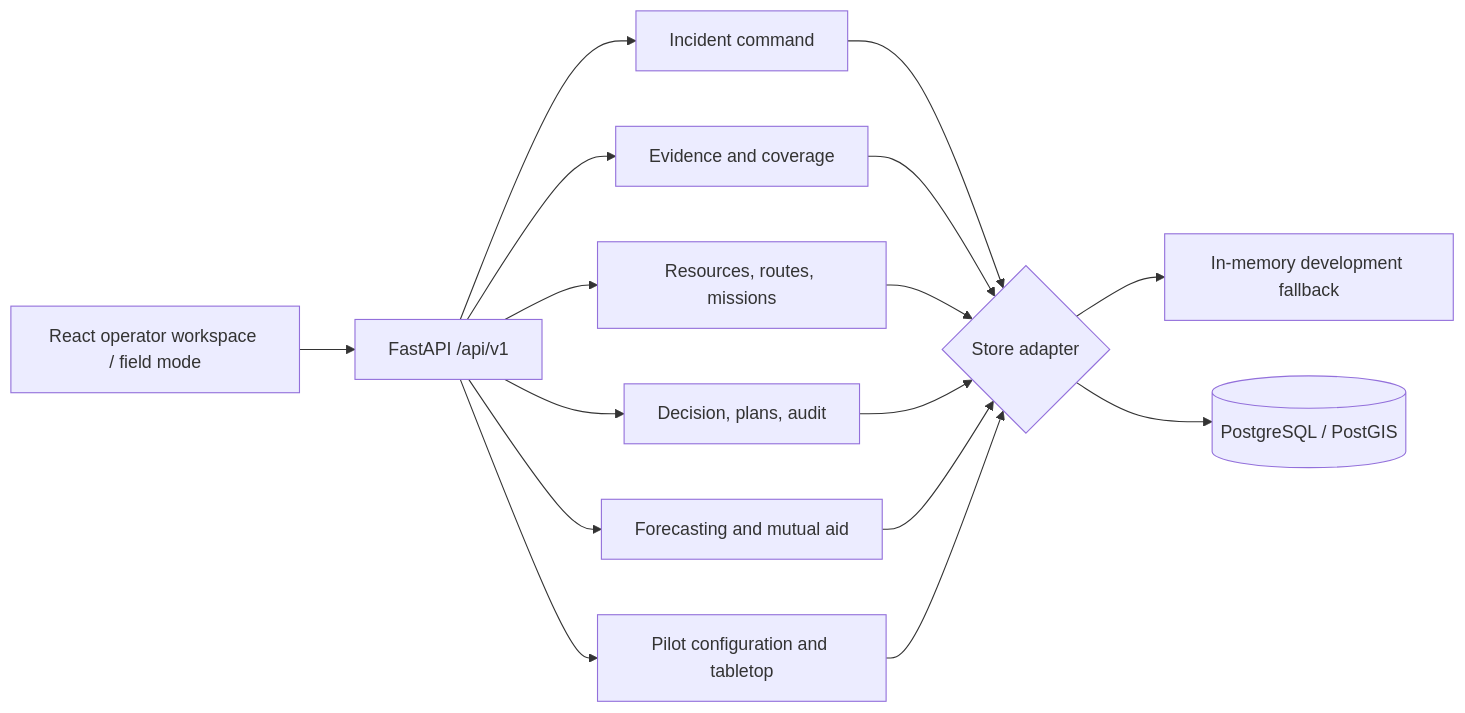
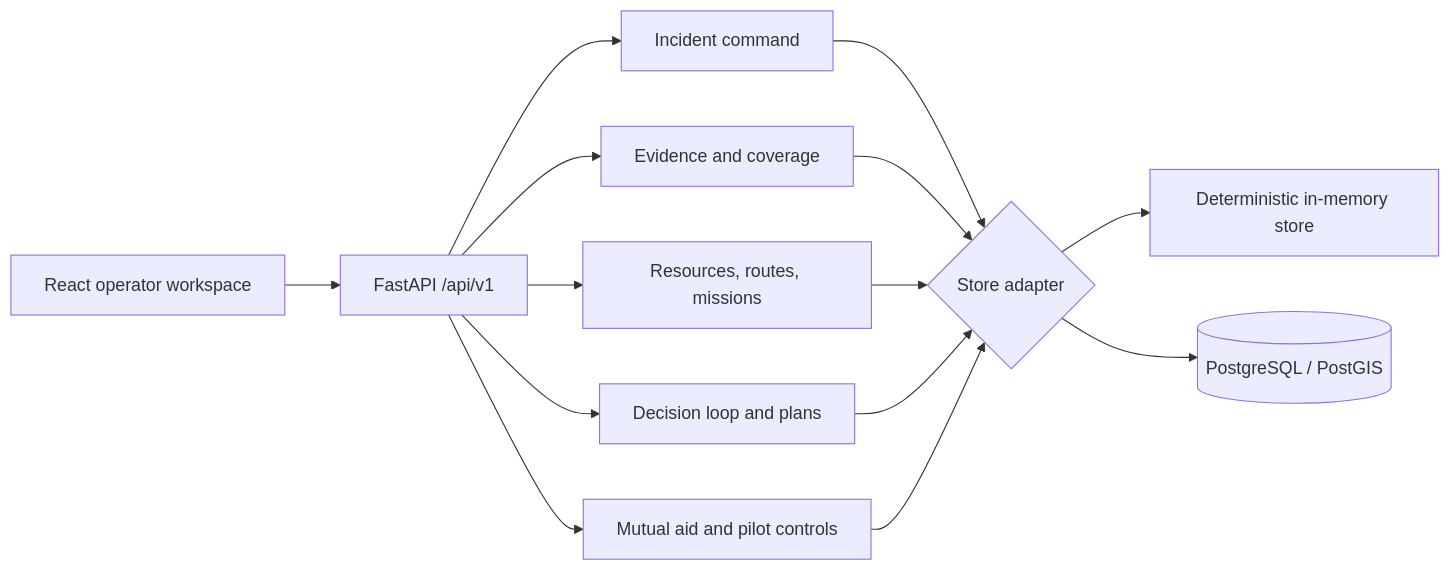
Before and after one commit to veenit-cell/DRISHTI: the second of 2 diagrams in README.md, drawn with Mermaid. The commit also changed other lines of this file and 2 other files, not shown here.

````diff
--- a/README.md
+++ b/README.md
@@ -46,13 +98,12 @@
 ```mermaid
 flowchart LR
-  UI[React operator workspace / field mode] --> API[FastAPI /api/v1]
-  API --> IC[Incident command]
-  API --> EV[Evidence and coverage]
+  UI[React operator workspace] --> API[FastAPI /api/v1]
+  API --> CMD[Incident command]
+  API --> EVD[Evidence and coverage]
   API --> OPS[Resources, routes, missions]
-  API --> DEC[Decision, plans, audit]
-  API --> AID[Forecasting and mutual aid]
-  API --> PILOT[Pilot configuration and tabletop]
-  IC & EV & OPS & DEC & AID & PILOT --> STORE{Store adapter}
-  STORE --> MEM[In-memory development fallback]
+  API --> DEC[Decision loop and plans]
+  API --> AID[Mutual aid and pilot controls]
+  CMD & EVD & OPS & DEC & AID --> STORE{Store adapter}
+  STORE --> MEM[Deterministic in-memory store]
   STORE --> PG[(PostgreSQL / PostGIS)]
 ```
````
